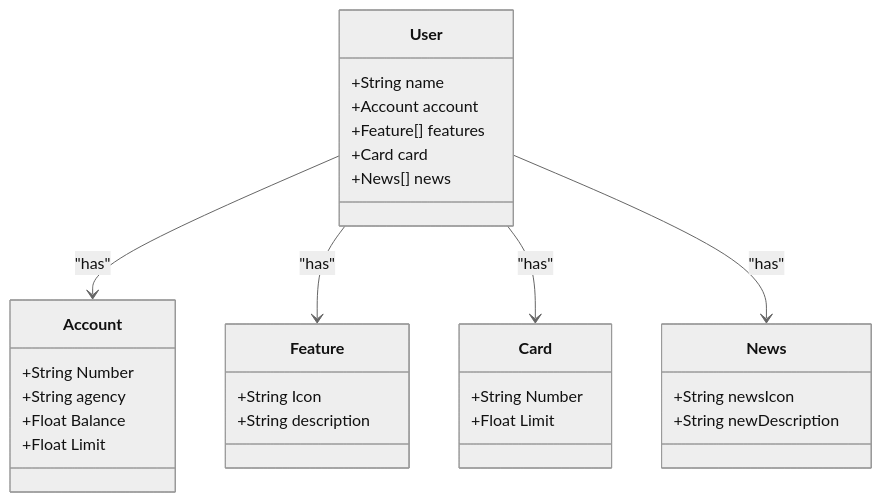
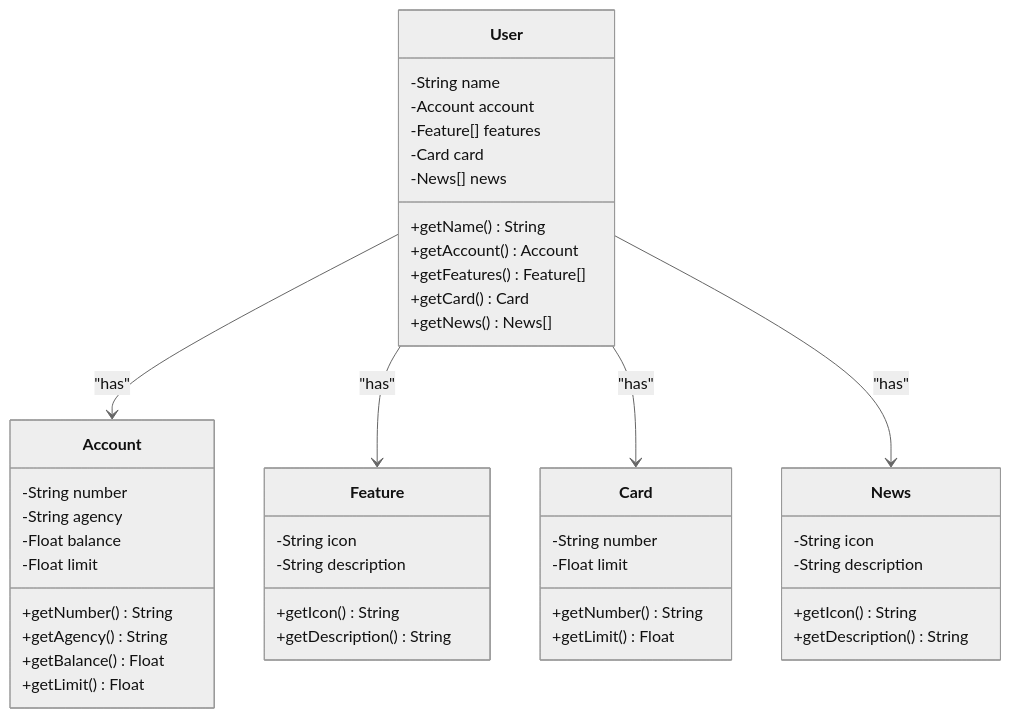
One commit to marcosynky/api-restful-sistema-bancario changed the diagram in README.md. Above: the diagram before and after it, drawn with Mermaid (neutral theme).

````diff
--- a/README.md
+++ b/README.md
@@ -7,38 +7,54 @@
  ```mermaid
 classDiagram
     class Account {
-        +String Number
-        +String agency
-        +Float Balance
-        +Float Limit
+        -String number
+        -String agency
+        -Float balance
+        -Float limit
+        +getNumber() String
+        +getAgency() String
+        +getBalance() Float
+        +getLimit() Float
     }
 
     class Feature {
-        +String Icon
-        +String description
+        -String icon
+        -String description
+        +getIcon() String
+        +getDescription() String
     }
 
     class Card {
-        +String Number
-        +Float Limit
+        -String number
+        -Float limit
+        +getNumber() String
+        +getLimit() Float
     }
 
     class News {
-        +String newsIcon
-        +String newDescription
+        -String icon
+        -String description
+        +getIcon() String
+        +getDescription() String
     }
 
     class User {
-        +String name
-        +Account account
-        +Feature[] features
-        +Card card
-        +News[] news
+        -String name
+        -Account account
+        -Feature[] features
+        -Card card
+        -News[] news
+        +getName() String
+        +getAccount() Account
+        +getFeatures() Feature[]
+        +getCard() Card
+        +getNews() News[]
     }
 
     User --> Account : "has"
     User --> Feature : "has"
     User --> Card : "has"
     User --> News : "has"
 
+
 ```
````
